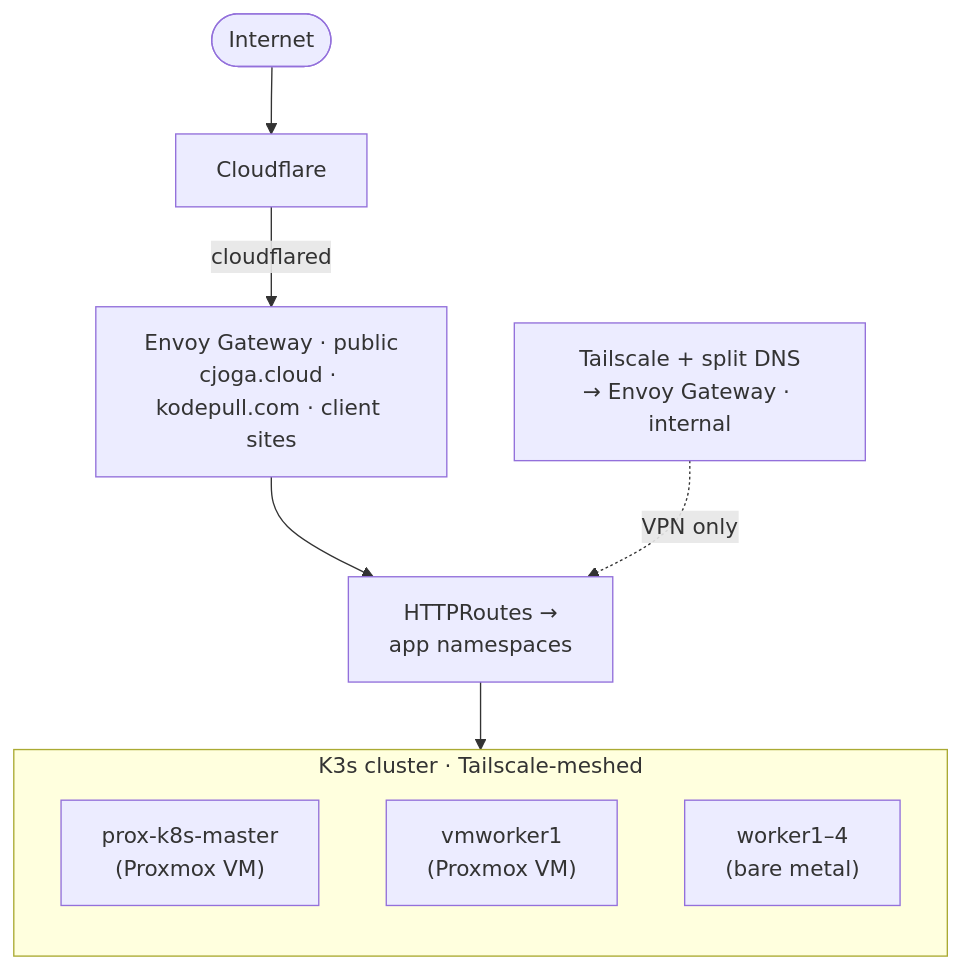
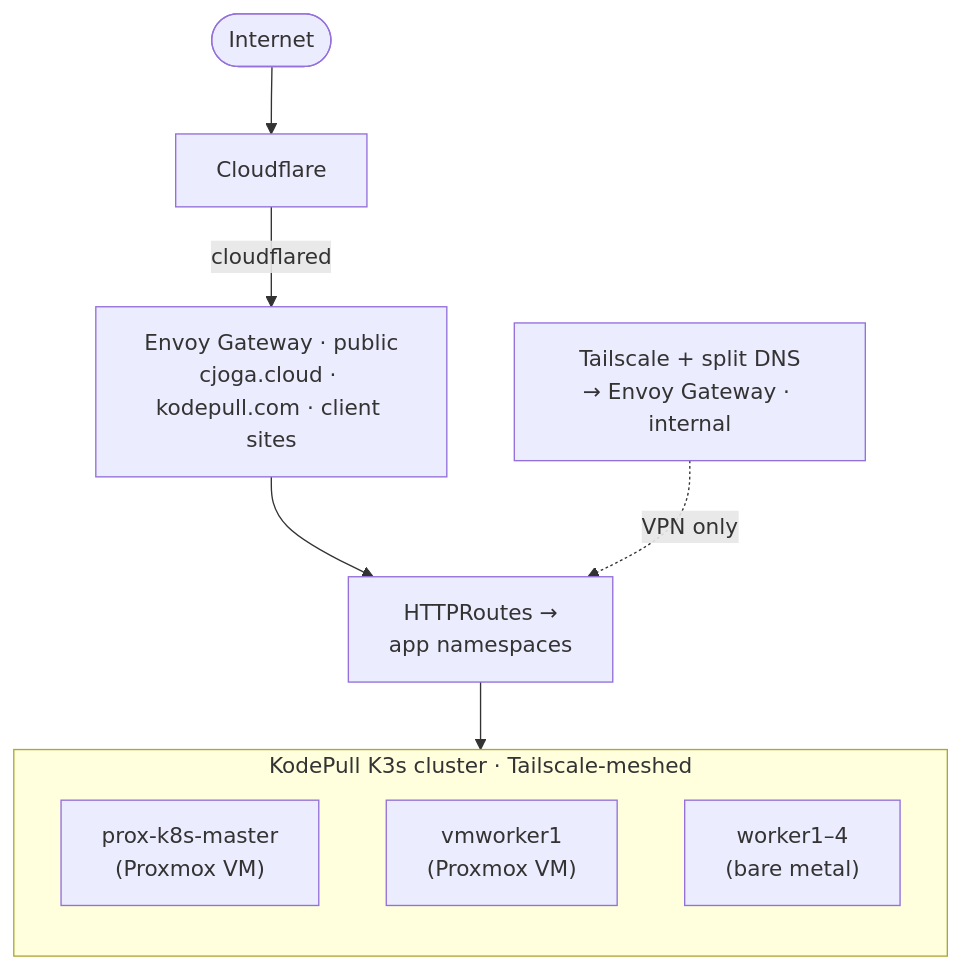
Before and after one commit to Camilool8/cjoga-portfolio: the diagram in blog-site/docs/engineering/lab/overview.mdx, drawn with Mermaid. The commit also changed other lines of this file and 30 other files, not shown here.

First line of the commit message:
docs(handbook): Globant, the KodePull cluster, and an October /now

````diff
--- a/blog-site/docs/engineering/lab/overview.mdx
+++ b/blog-site/docs/engineering/lab/overview.mdx
@@ -22,17 +24,17 @@
 ```mermaid
 flowchart TB
-  accTitle: Homelab ingress flow — public traffic comes through Cloudflare and cloudflared into Envoy Gateway's public data plane, devices on the Tailscale VPN reach a separate internal data plane, and both fan out through HTTPRoutes to app namespaces on the K3s cluster of Proxmox VMs and bare-metal workers
+  accTitle: Cluster ingress flow — public traffic comes through Cloudflare and cloudflared into Envoy Gateway's public data plane, devices on the Tailscale VPN reach a separate internal data plane, and both fan out through HTTPRoutes to app namespaces on the K3s cluster of Proxmox VMs and bare-metal workers
   Internet([Internet]) --> CF[Cloudflare]
   CF -->|cloudflared| Envoy["Envoy Gateway · public<br/>cjoga.cloud · kodepull.com · client sites"]
   Envoy --> Routes["HTTPRoutes →<br/>app namespaces"]
 
-  subgraph Cluster["K3s cluster · Tailscale-meshed"]
+  subgraph Cluster["KodePull K3s cluster · Tailscale-meshed"]
     direction TB
     Master["prox-k8s-master<br/>(Proxmox VM)"]
     VMWorker["vmworker1<br/>(Proxmox VM)"]
     BM["worker1–4<br/>(bare metal)"]
   end
 
   TS["Tailscale + split DNS<br/>→ Envoy Gateway · internal"] -.->|VPN only| Routes
   Routes --> Cluster
 ```
````
